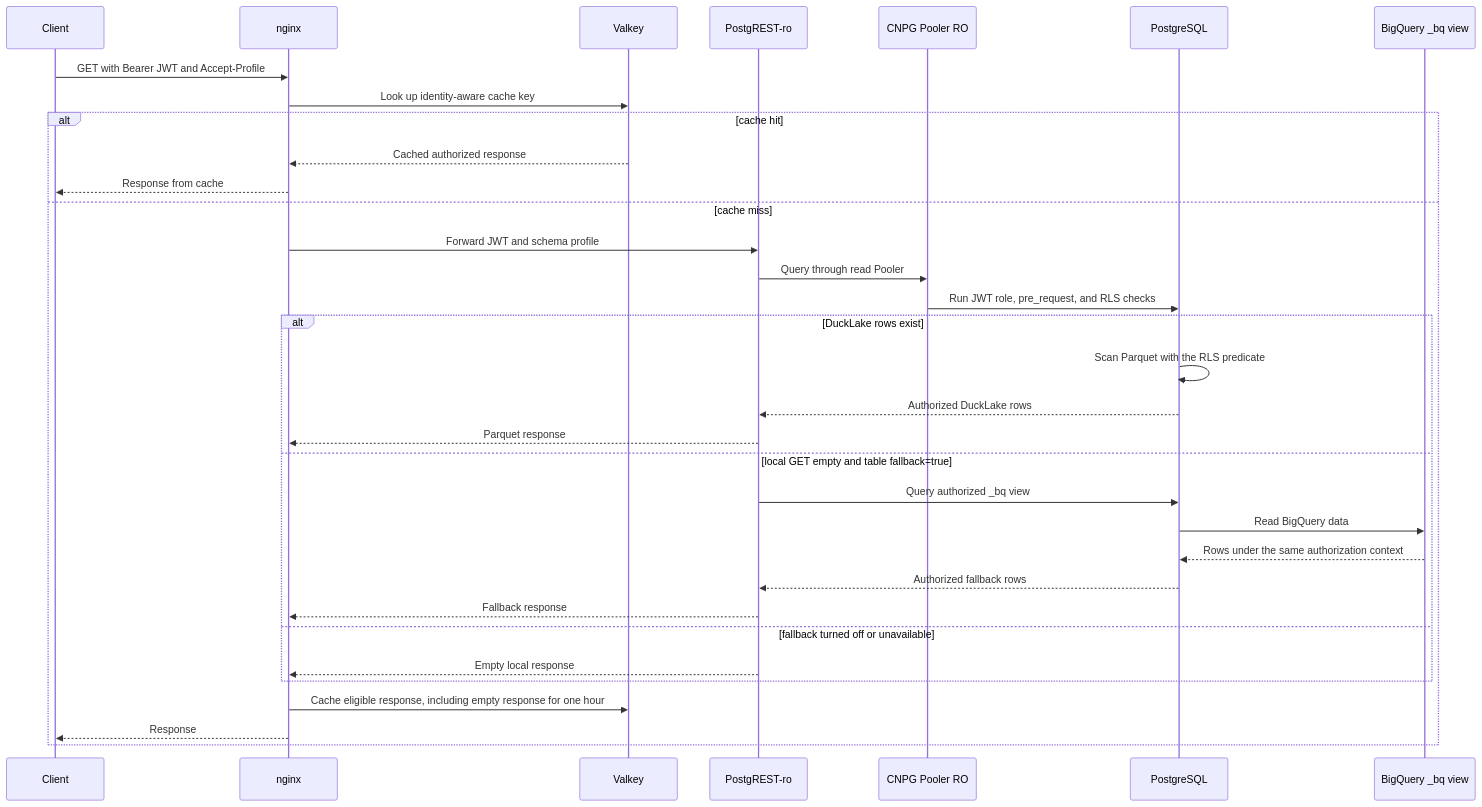
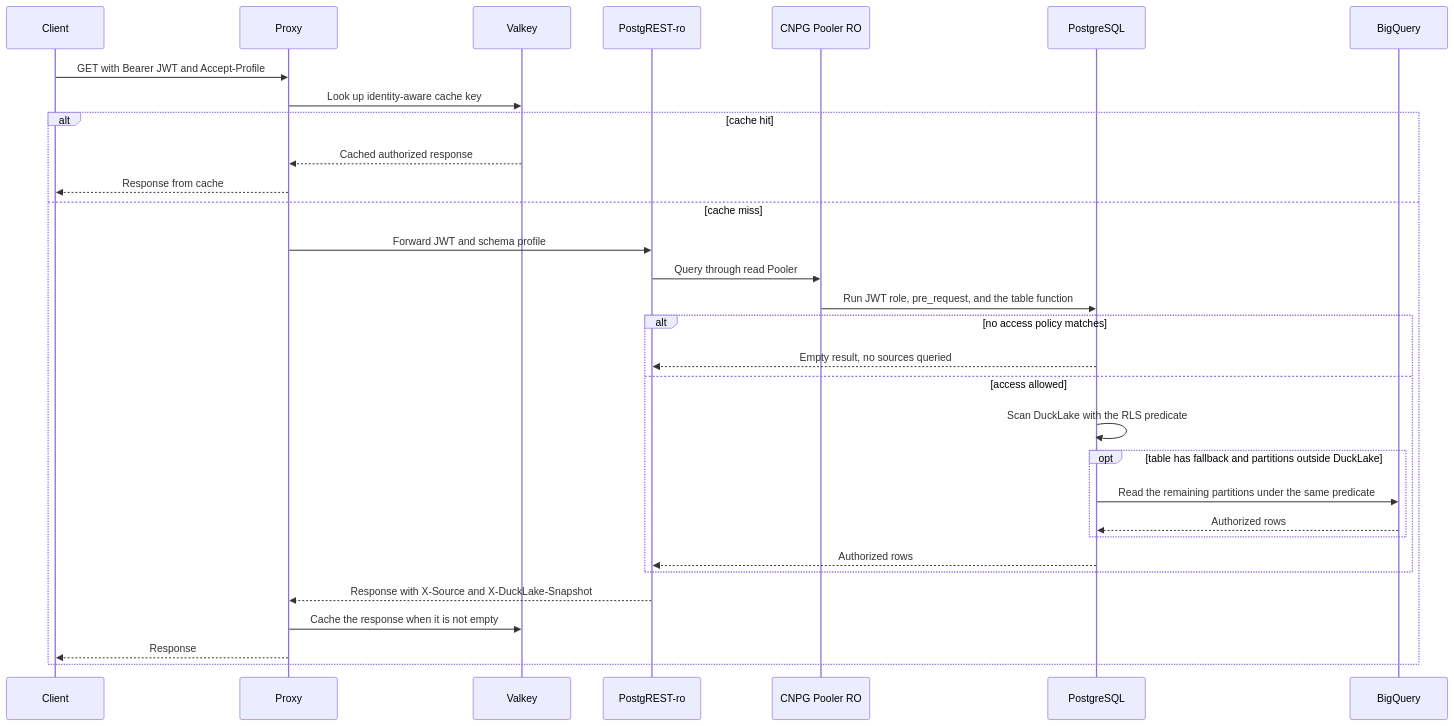
Before and after one commit to prefeitura-rio/data-proxy: the second of 2 diagrams in docs/security.md, drawn with Mermaid. The commit also changed other lines of this file and 14 other files, not shown here.

Commit message:
docs: document sources, the proxy, and test levels

````diff
--- a/docs/security.md
+++ b/docs/security.md
@@ -186,36 +186,34 @@
 ```mermaid
 sequenceDiagram
     participant C as Client
-    participant N as nginx
+    participant N as Proxy
     participant R as Valkey
     participant P as PostgREST-ro
     participant RP as CNPG Pooler RO
     participant DB as PostgreSQL
-    participant BQ as BigQuery _bq view
+    participant BQ as BigQuery
 
     C->>N: GET with Bearer JWT and Accept-Profile
     N->>R: Look up identity-aware cache key
     alt cache hit
         R-->>N: Cached authorized response
         N-->>C: Response from cache
     else cache miss
         N->>P: Forward JWT and schema profile
         P->>RP: Query through read Pooler
-        RP->>DB: Run JWT role, pre_request, and RLS checks
-        alt DuckLake rows exist
-            DB->>DB: Scan Parquet with the RLS predicate
-            DB-->>P: Authorized DuckLake rows
-            P-->>N: Parquet response
-        else local GET empty and table fallback=true
-            P->>DB: Query authorized _bq view
-            DB->>BQ: Read BigQuery data
-            BQ-->>DB: Rows under the same authorization context
-            DB-->>P: Authorized fallback rows
-            P-->>N: Fallback response
-        else fallback turned off or unavailable
-            P-->>N: Empty local response
+        RP->>DB: Run JWT role, pre_request, and the table function
+        alt no access policy matches
+            DB-->>P: Empty result, no sources queried
+        else access allowed
+            DB->>DB: Scan DuckLake with the RLS predicate
+            opt table has fallback and partitions outside DuckLake
+                DB->>BQ: Read the remaining partitions under the same predicate
+                BQ-->>DB: Authorized rows
+            end
+            DB-->>P: Authorized rows
         end
-        N->>R: Cache eligible response, including empty response for one hour
+        P-->>N: Response with X-Source and X-DuckLake-Snapshot
+        N->>R: Cache the response when it is not empty
         N-->>C: Response
     end
 ```
````
